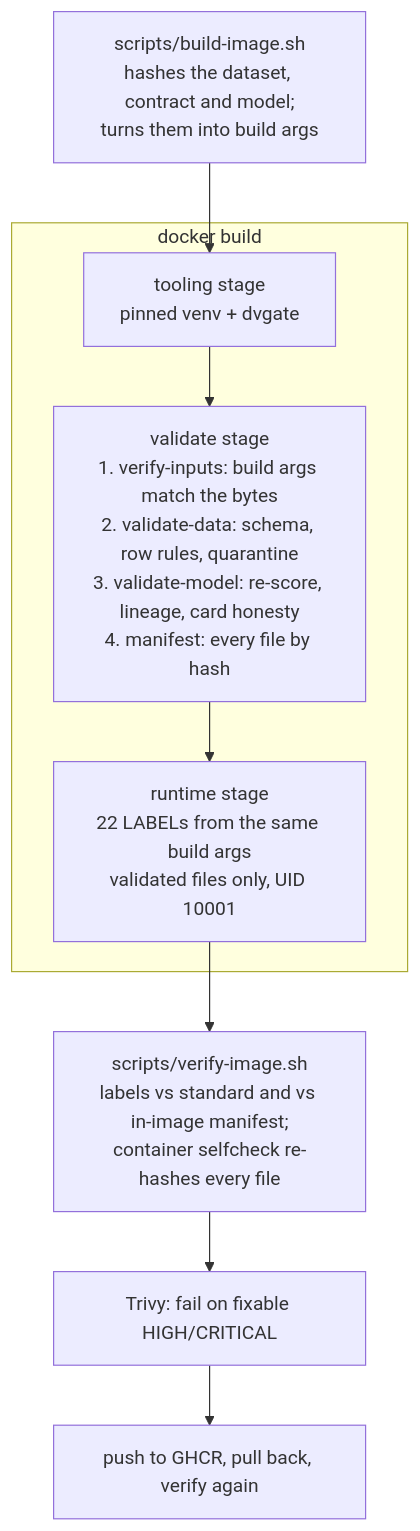
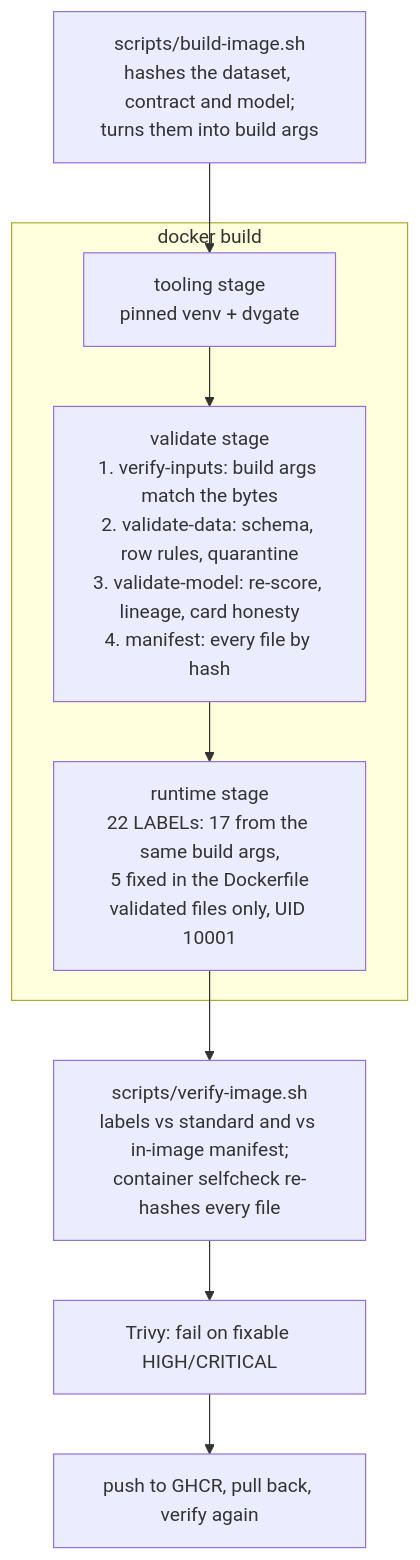
The diagram in README.md (gbadedata/dockerfile-data-validation), drawn with Mermaid before and after one commit. The commit also changed other lines of this file and 8 other files, not shown here.

````diff
--- a/README.md
+++ b/README.md
@@ -23,11 +24,11 @@
 ```mermaid
 flowchart TD
     A["scripts/build-image.sh<br/>hashes the dataset, contract and model;<br/>turns them into build args"] --> B
     subgraph docker build
       B["tooling stage<br/>pinned venv + dvgate"] --> C
       C["validate stage<br/>1. verify-inputs: build args match the bytes<br/>2. validate-data: schema, row rules, quarantine<br/>3. validate-model: re-score, lineage, card honesty<br/>4. manifest: every file by hash"] --> D
-      D["runtime stage<br/>22 LABELs from the same build args<br/>validated files only, UID 10001"]
+      D["runtime stage<br/>22 LABELs: 17 from the same build args,<br/>5 fixed in the Dockerfile<br/>validated files only, UID 10001"]
     end
     D --> E["scripts/verify-image.sh<br/>labels vs standard and vs in-image manifest;<br/>container selfcheck re-hashes every file"]
     E --> F["Trivy: fail on fixable HIGH/CRITICAL"] --> G["push to GHCR, pull back, verify again"]
 ```
````
